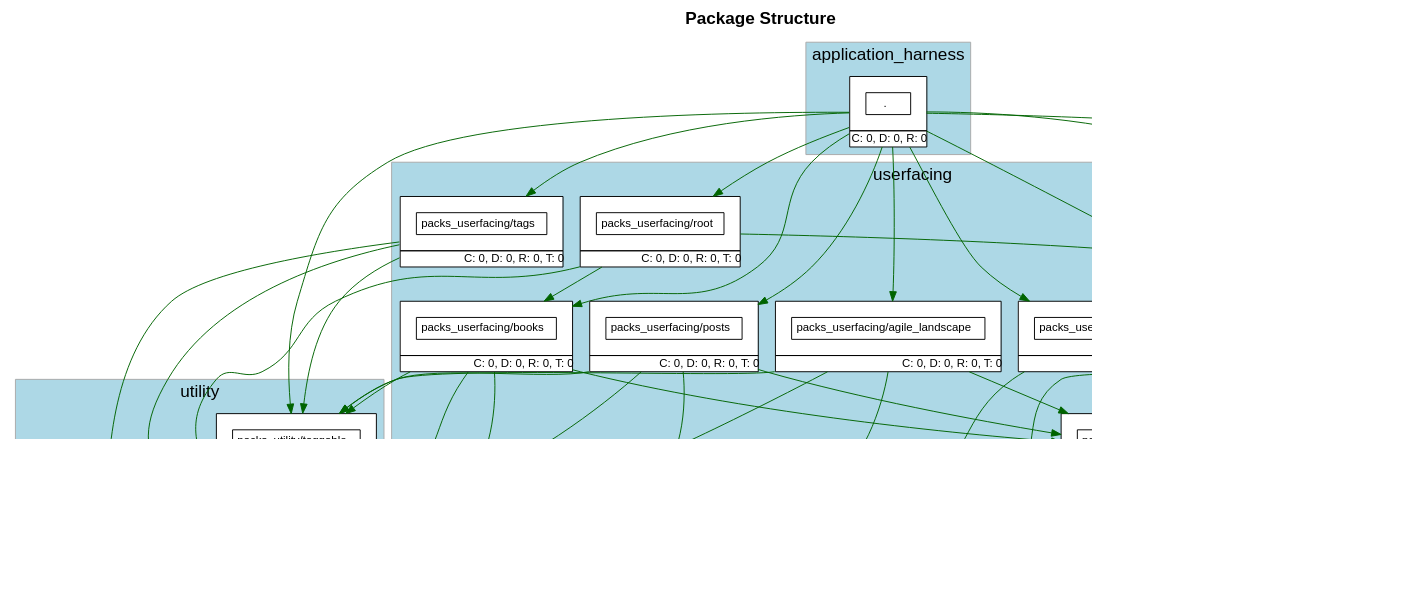
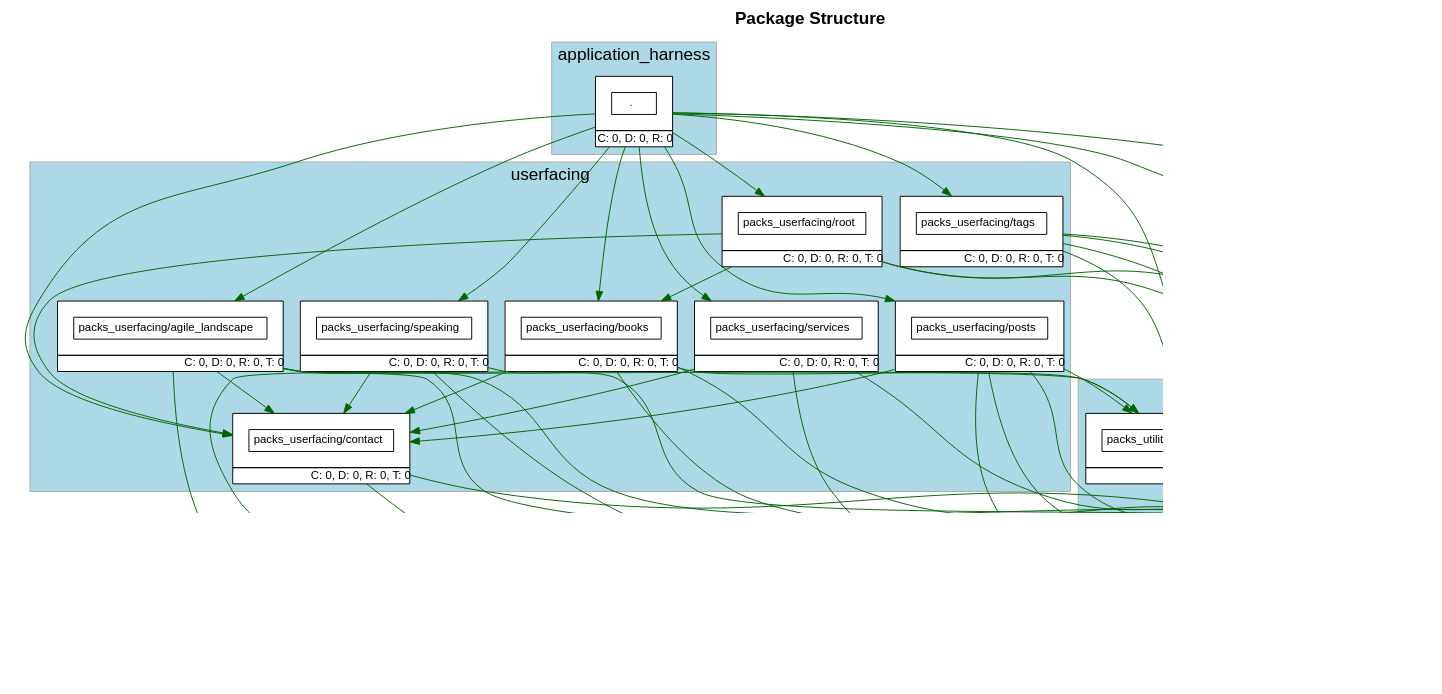
The diagram in packs.dot (shageman/stephanhagemann.com), drawn with Graphviz before and after one commit. The commit also changed 24 other files, not shown here.

```diff
--- a/packs.dot
+++ b/packs.dot
@@ -192,6 +192,19 @@
               >
           ]
         
+        "packs_utility/routable" [
+            fontsize=12.0
+            label= <
+                <table border='0' cellborder='1' cellspacing='0' cellpadding='16'><tr><td>
+                  <table border='0' cellborder='1' cellspacing='0' cellpadding='4'>
+                    <tr> <td port='private'> packs_utility/routable </td> </tr>
+                  </table>
+                  </td></tr>
+                  <tr><td CELLPADDING='1' ALIGN='RIGHT'>D: 0</td></tr>
+                  </table>
+              >
+          ]
+        
         "packs_utility/taggable" [
             fontsize=12.0
             label= <
@@ -222,6 +235,14 @@
               "packs_userfacing/services" -> "packs_utility/rails_shims" [ style=invis ]
               "packs_userfacing/speaking" -> "packs_utility/rails_shims" [ style=invis ]
               "packs_userfacing/tags" -> "packs_utility/rails_shims" [ style=invis ]
+              "packs_userfacing/agile_landscape" -> "packs_utility/routable" [ style=invis ]
+              "packs_userfacing/books" -> "packs_utility/routable" [ style=invis ]
+              "packs_userfacing/contact" -> "packs_utility/routable" [ style=invis ]
+              "packs_userfacing/posts" -> "packs_utility/routable" [ style=invis ]
+              "packs_userfacing/root" -> "packs_utility/routable" [ style=invis ]
+              "packs_userfacing/services" -> "packs_utility/routable" [ style=invis ]
+              "packs_userfacing/speaking" -> "packs_utility/routable" [ style=invis ]
+              "packs_userfacing/tags" -> "packs_utility/routable" [ style=invis ]
               "packs_userfacing/agile_landscape" -> "packs_utility/taggable" [ style=invis ]
               "packs_userfacing/books" -> "packs_utility/taggable" [ style=invis ]
               "packs_userfacing/contact" -> "packs_utility/taggable" [ style=invis ]
@@ -246,30 +267,40 @@
           "." -> "packs_userfacing/speaking" [ color=darkgreen ]
           "." -> "packs_userfacing/tags" [ color=darkgreen ]
           "." -> "packs_utility/rails_shims" [ color=darkgreen ]
+          "." -> "packs_utility/routable" [ color=darkgreen ]
           "." -> "packs_utility/taggable" [ color=darkgreen ]
           "packs_userfacing/agile_landscape" -> "packs_userfacing/contact" [ color=darkgreen ]
           "packs_userfacing/agile_landscape" -> "packs_utility/backlinks" [ color=darkgreen ]
           "packs_userfacing/agile_landscape" -> "packs_utility/rails_shims" [ color=darkgreen ]
+          "packs_userfacing/agile_landscape" -> "packs_utility/routable" [ color=darkgreen ]
           "packs_userfacing/agile_landscape" -> "packs_utility/taggable" [ color=darkgreen ]
           "packs_userfacing/books" -> "packs_userfacing/contact" [ color=darkgreen ]
           "packs_userfacing/books" -> "packs_utility/backlinks" [ color=darkgreen ]
           "packs_userfacing/books" -> "packs_utility/rails_shims" [ color=darkgreen ]
+          "packs_userfacing/books" -> "packs_utility/routable" [ color=darkgreen ]
           "packs_userfacing/books" -> "packs_utility/taggable" [ color=darkgreen ]
           "packs_userfacing/contact" -> "packs_utility/rails_shims" [ color=darkgreen ]
+          "packs_userfacing/contact" -> "packs_utility/routable" [ color=darkgreen ]
           "packs_userfacing/posts" -> "packs_userfacing/contact" [ color=darkgreen ]
           "packs_userfacing/posts" -> "packs_utility/backlinks" [ color=darkgreen ]
           "packs_userfacing/posts" -> "packs_utility/rails_shims" [ color=darkgreen ]
+          "packs_userfacing/posts" -> "packs_utility/routable" [ color=darkgreen ]
           "packs_userfacing/posts" -> "packs_utility/taggable" [ color=darkgreen ]
           "packs_userfacing/root" -> "packs_userfacing/books" [ color=darkgreen ]
           "packs_userfacing/root" -> "packs_userfacing/contact" [ color=darkgreen ]
           "packs_userfacing/root" -> "packs_utility/rails_shims" [ color=darkgreen ]
+          "packs_userfacing/root" -> "packs_utility/routable" [ color=darkgreen ]
           "packs_userfacing/services" -> "packs_userfacing/contact" [ color=darkgreen ]
           "packs_userfacing/services" -> "packs_utility/rails_shims" [ color=darkgreen ]
+          "packs_userfacing/services" -> "packs_utility/routable" [ color=darkgreen ]
           "packs_userfacing/speaking" -> "packs_userfacing/contact" [ color=darkgreen ]
           "packs_userfacing/speaking" -> "packs_utility/rails_shims" [ color=darkgreen ]
+          "packs_userfacing/speaking" -> "packs_utility/routable" [ color=darkgreen ]
           "packs_userfacing/tags" -> "packs_utility/backlinks" [ color=darkgreen ]
           "packs_userfacing/tags" -> "packs_utility/rails_shims" [ color=darkgreen ]
+          "packs_userfacing/tags" -> "packs_utility/routable" [ color=darkgreen ]
           "packs_userfacing/tags" -> "packs_utility/taggable" [ color=darkgreen ]
+          "packs_utility/rails_shims" -> "packs_utility/routable" [ color=darkgreen ]
           "packs_utility/taggable" -> "packs_utility/backlinks" [ color=darkgreen ]
           "packs_utility/taggable" -> "packs_utility/rails_shims" [ color=darkgreen ]
   subgraph cluster_teams_legend {
```
